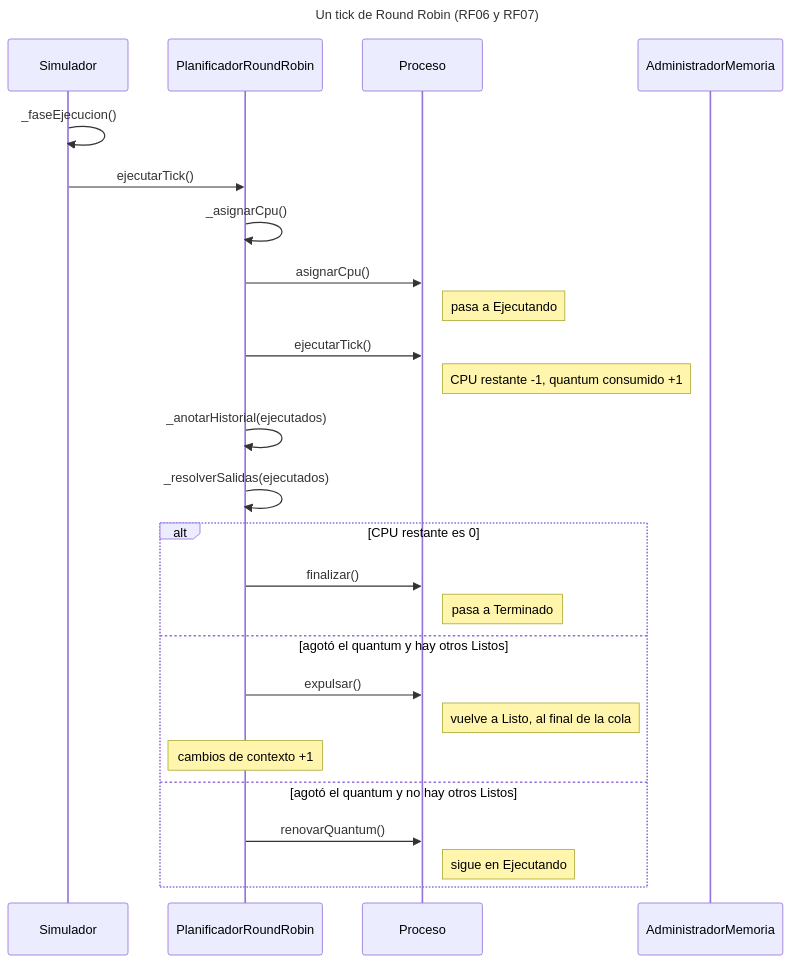
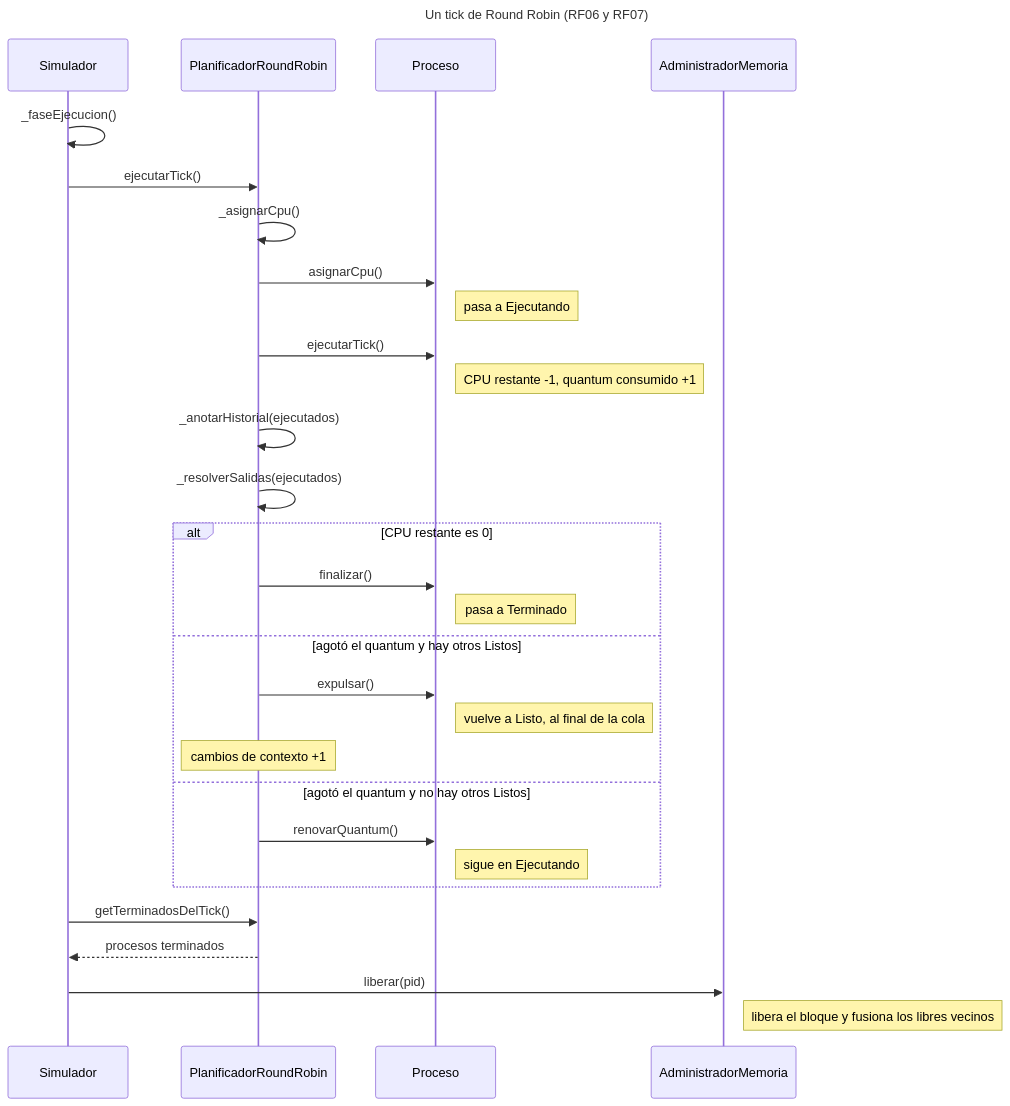
One commit to rosarioucp/SimuladorProcesoMemoria changed the second of 3 diagrams in docs/diagramasSecuencia.md. Above: the diagram before and after it, drawn with Mermaid.

````diff
--- a/docs/diagramasSecuencia.md
+++ b/docs/diagramasSecuencia.md
@@ -30,30 +30,36 @@
 ```mermaid
   sequenceDiagram
   title Un tick de Round Robin (RF06 y RF07)
   participant S as Simulador
   participant R as PlanificadorRoundRobin
   participant P as Proceso
   participant M as AdministradorMemoria
 
   S->>S: _faseEjecucion()
   S->>R: ejecutarTick()
   R->>R: _asignarCpu()
   R->>P: asignarCpu()
   Note right of P: pasa a Ejecutando
   R->>P: ejecutarTick()
   Note right of P: CPU restante -1, quantum consumido +1
   R->>R: _anotarHistorial(ejecutados)
   R->>R: _resolverSalidas(ejecutados)
 
   alt CPU restante es 0
     R->>P: finalizar()
     Note right of P: pasa a Terminado
   else agotó el quantum y hay otros Listos
     R->>P: expulsar()
     Note right of P: vuelve a Listo, al final de la cola
     Note over R: cambios de contexto +1
   else agotó el quantum y no hay otros Listos
     R->>P: renovarQuantum()
     Note right of P: sigue en Ejecutando
   end
-  ```
+ 
+  S->>R: getTerminadosDelTick()
+  R-->>S: procesos terminados
+  S->>M: liberar(pid)
+  Note right of M: libera el bloque y fusiona los libres vecinos
+
+   ```
````
